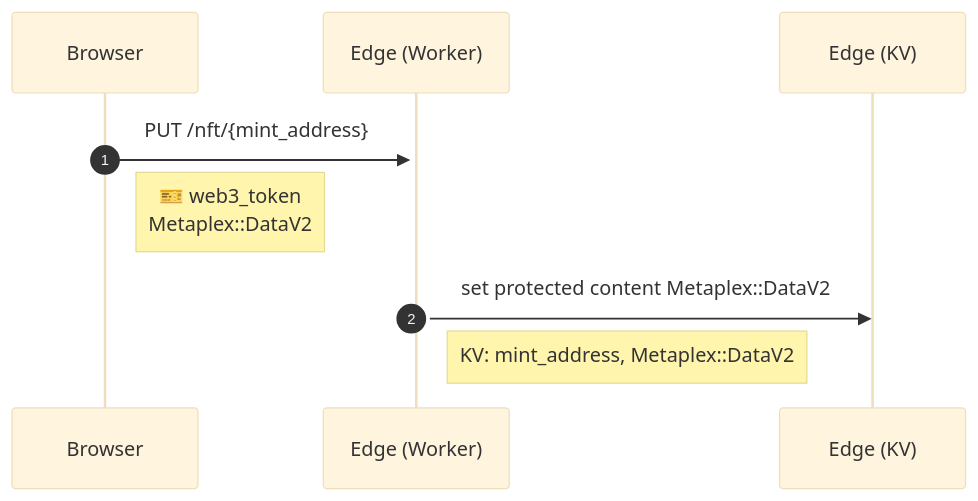
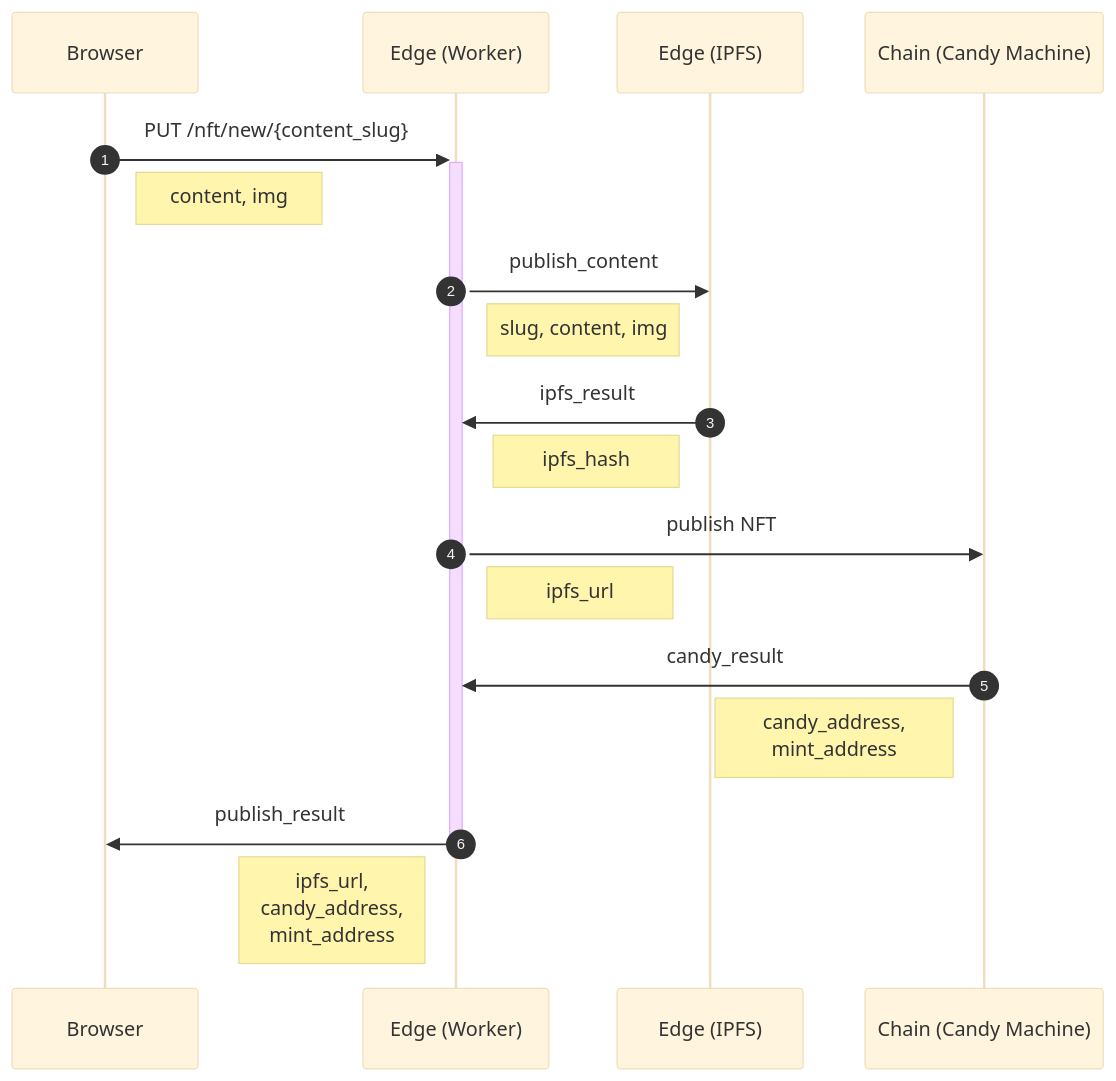
One commit to gist-rs/book changed the fourth of 7 diagrams in src/solana/nft-memberships.md. Above: the diagram before and after it, drawn with Mermaid (base theme). The commit also changed other lines of this file, not shown here.

Commit message:
add publish as NFT

````diff
--- a/src/solana/nft-memberships.md
+++ b/src/solana/nft-memberships.md
@@ -66,12 +68,21 @@
 ```mermaid
 sequenceDiagram
   autonumber
   participant browser as Browser
   participant edge as Edge (Worker)
-  participant cf_kv as Edge (KV)
+  participant ipfs as Edge (IPFS)
+  participant candy as Chain (Candy Machine)
 
-  browser->>+edge: PUT /nft/{mint_address}
-  Note right of browser: 🎫 web3_token<br>Metaplex::DataV2
-  edge->>cf_kv: set protected content Metaplex::DataV2
-  Note right of edge: KV: mint_address, Metaplex::DataV2
+  browser->>+edge: PUT /nft/new/{content_slug}
+  Note right of browser: content, img
+  edge->>ipfs: publish_content
+  Note right of edge: slug, content, img
+  ipfs->>edge: ipfs_result
+  Note left of ipfs: ipfs_hash
+  edge->>candy: publish NFT
+  Note right of edge: ipfs_url
+  candy->>edge: candy_result
+  Note left of candy: candy_address,<br>mint_address
+  edge->>-browser: publish_result
+  Note left of edge: ipfs_url,<br>candy_address,<br>mint_address
 ```
````
